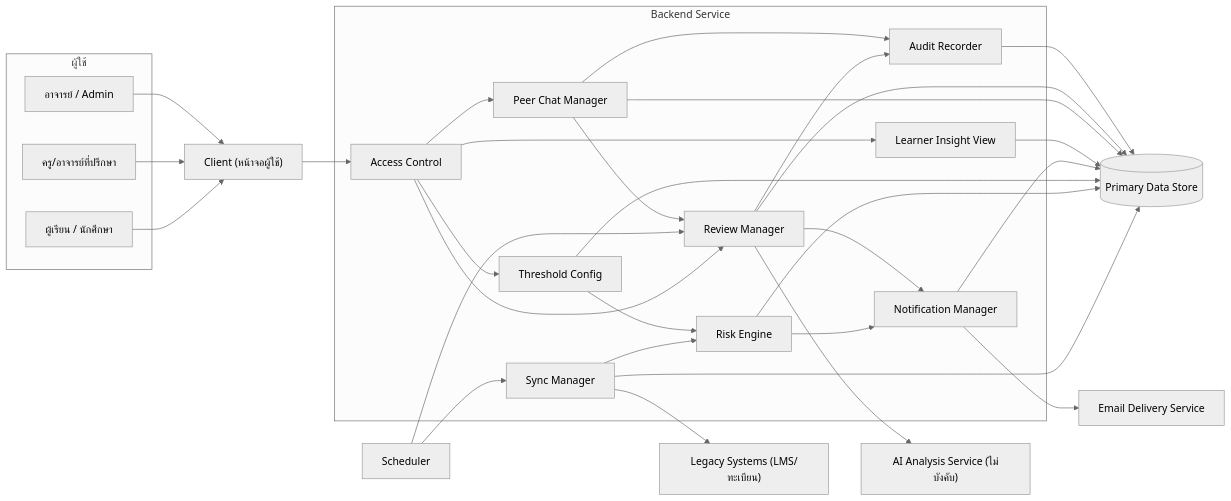
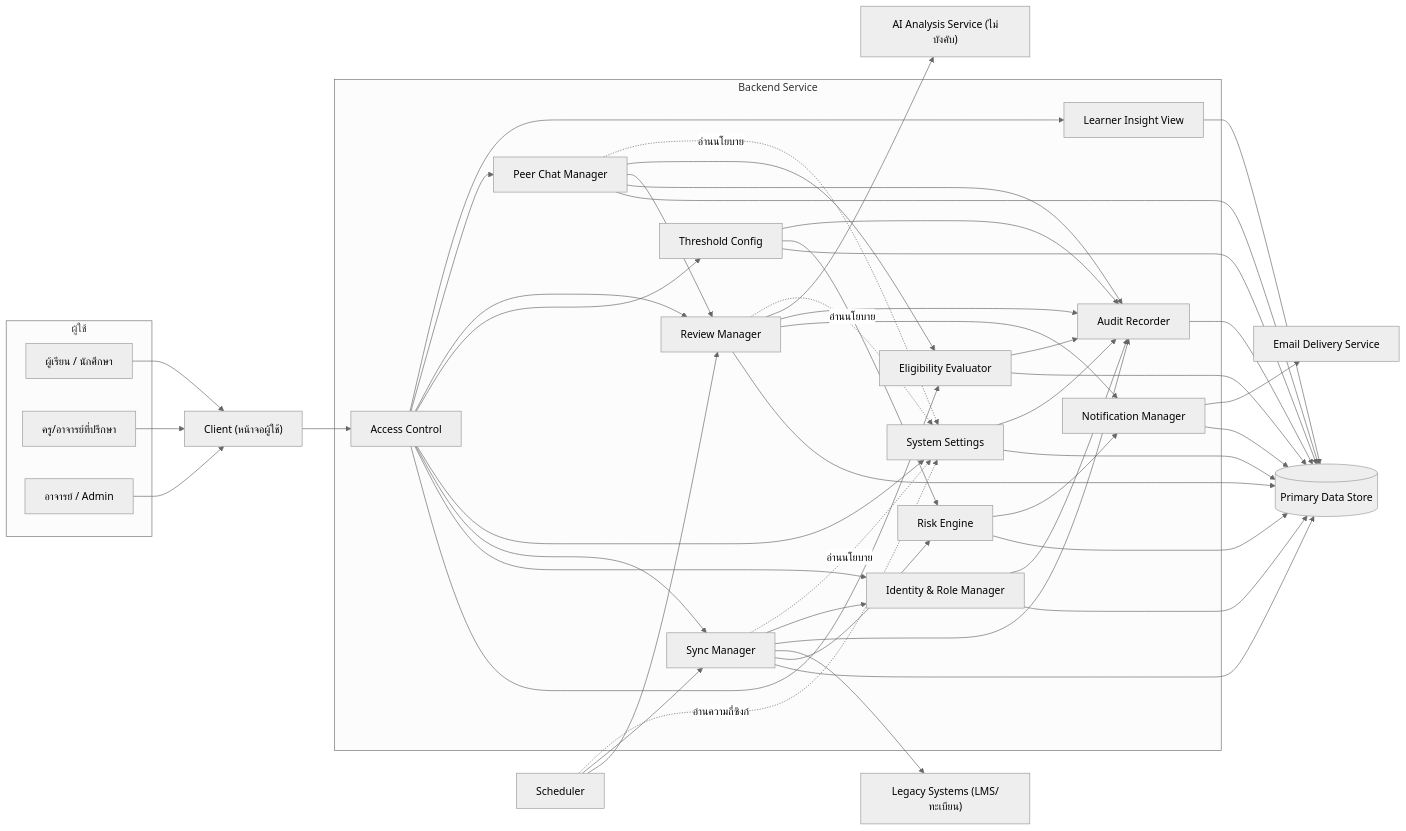
One commit to PAKOSORUS/Grade-Runway-PROJECT3 changed the first of 9 diagrams in docs/02-design/02-technical/architecture.md. Above: the diagram before and after it, drawn with Mermaid (neutral theme). The commit also changed other lines of this file and 35 other files, not shown here.

First line of the commit message:
Add technical design docs and REQ-06 user/role/eligibility requirements

````diff
--- a/docs/02-design/02-technical/architecture.md
+++ b/docs/02-design/02-technical/architecture.md
@@ -49,57 +54,78 @@
 ```mermaid
 flowchart LR
     subgraph Users["ผู้ใช้"]
         L["ผู้เรียน / นักศึกษา"]
         T["ครู/อาจารย์ที่ปรึกษา"]
         R["อาจารย์ / Admin"]
     end
 
     C["Client (หน้าจอผู้ใช้)"]
 
     subgraph BE["Backend Service"]
         AC["Access Control"]
         SM["Sync Manager"]
         RE["Risk Engine"]
         TC["Threshold Config"]
         NM["Notification Manager"]
         LV["Learner Insight View"]
         PC["Peer Chat Manager"]
         RM["Review Manager"]
         AR["Audit Recorder"]
+        IR["Identity & Role Manager"]
+        EV["Eligibility Evaluator"]
+        SS["System Settings"]
     end
 
     DS[("Primary Data Store")]
     SCH["Scheduler"]
     LS["Legacy Systems (LMS/ทะเบียน)"]
     EM["Email Delivery Service"]
     AI["AI Analysis Service (ไม่บังคับ)"]
 
     L --> C
     T --> C
     R --> C
     C --> AC
     AC --> LV
     AC --> PC
     AC --> RM
     AC --> TC
+    AC --> SS
+    AC --> SM
+    SS --> AR
+    SS --> DS
+    SM -. อ่านนโยบาย .-> SS
+    RM -. อ่านนโยบาย .-> SS
+    PC -. อ่านนโยบาย .-> SS
+    SCH -. อ่านความถี่ซิงก์ .-> SS
+    AC --> IR
+    AC --> EV
+    SM --> IR
+    SM --> AR
+    TC --> AR
+    PC --> EV
+    EV --> AR
+    IR --> AR
+    IR --> DS
+    EV --> DS
     SCH --> SM
     SCH --> RM
     SM --> LS
     SM --> RE
     TC --> RE
     RE --> NM
     NM --> EM
     PC --> RM
     RM --> AI
     RM --> AR
     RM --> NM
     PC --> AR
     SM --> DS
     RE --> DS
     TC --> DS
     NM --> DS
     LV --> DS
     PC --> DS
     RM --> DS
     AR --> DS
 ```
````
